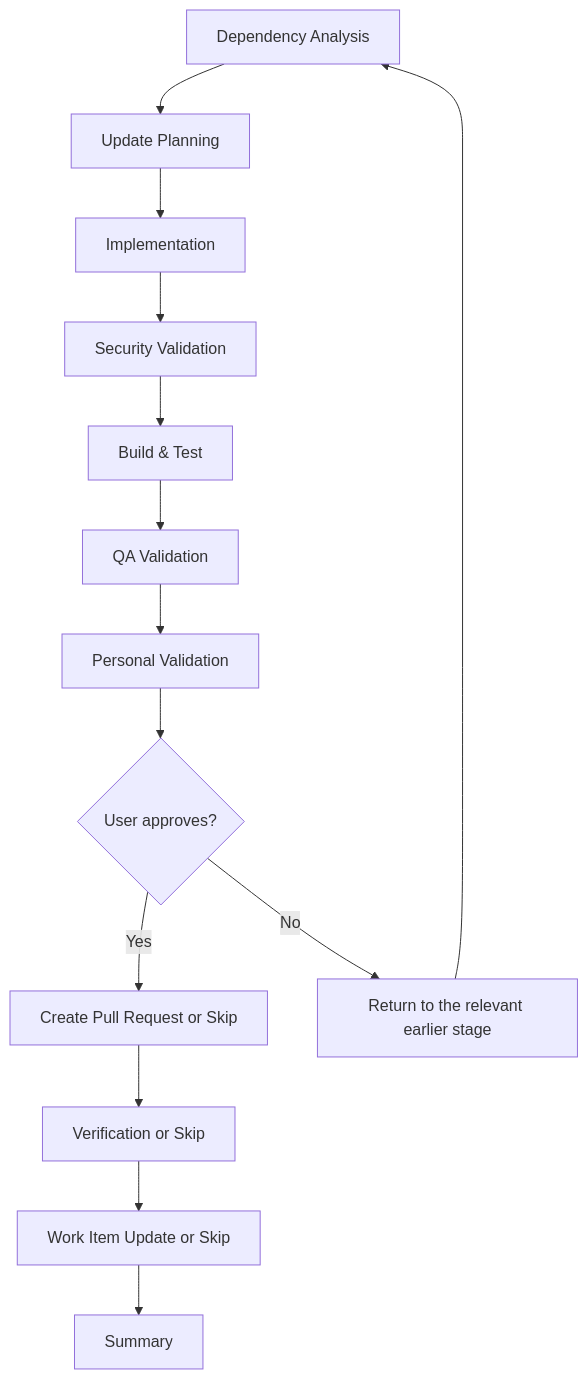
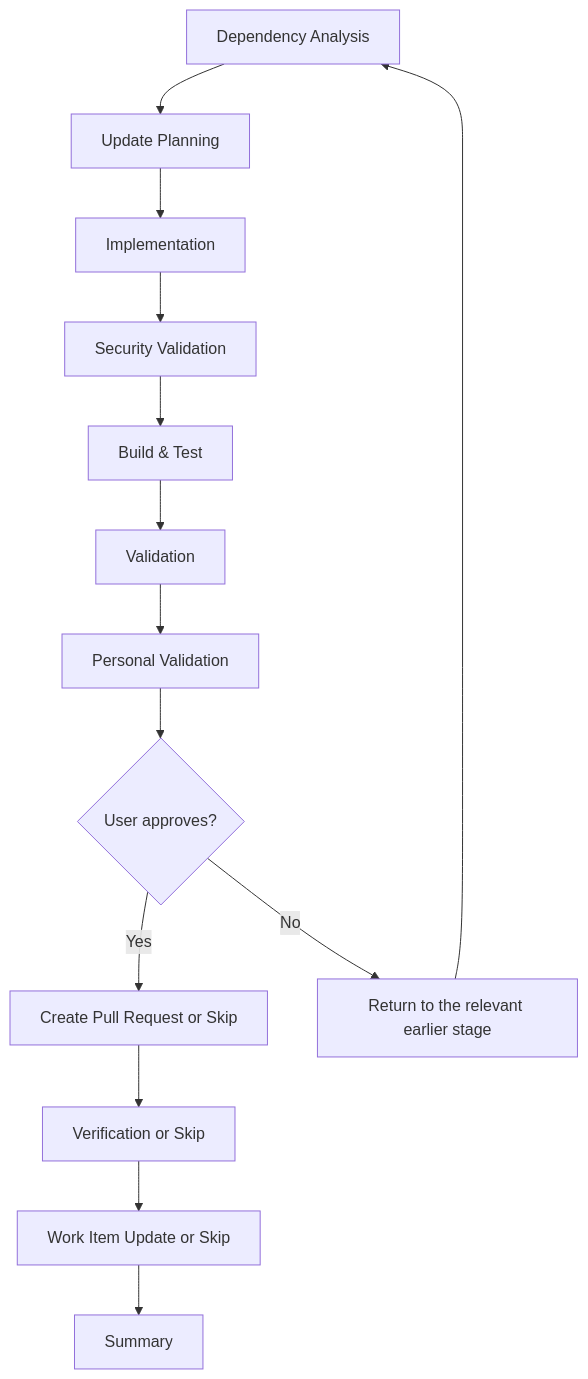
One commit to JSdotNet/devbook changed the fourth of 16 diagrams in plugins/delivery/FLOW-DIAGRAMS.md. Above: the diagram before and after it, drawn with Mermaid. The commit also changed other lines of this file and 37 other files, not shown here.

````diff
--- a/plugins/delivery/FLOW-DIAGRAMS.md
+++ b/plugins/delivery/FLOW-DIAGRAMS.md
@@ -118,16 +118,16 @@
 ```mermaid
 flowchart TD
     A["Dependency Analysis"] --> B["Update Planning"]
     B --> C["Implementation"]
     C --> D["Security Validation"]
     D --> E["Build & Test"]
-    E --> F["QA Validation"]
+    E --> F["Validation"]
     F --> G["Personal Validation"]
     G --> H{User approves?}
     H -->|Yes| I["Create Pull Request or Skip"]
     H -->|No| J["Return to the relevant earlier stage"]
     J --> A
     I --> DU["Verification or Skip"]
     DU --> U["Work Item Update or Skip"]
     U --> K["Summary"]
 ```
````
